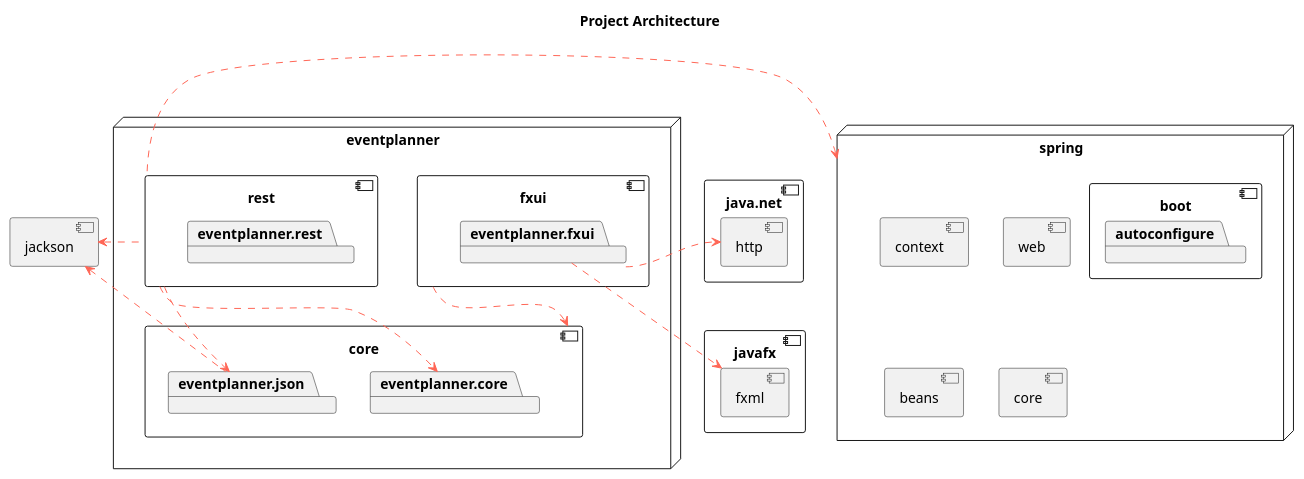
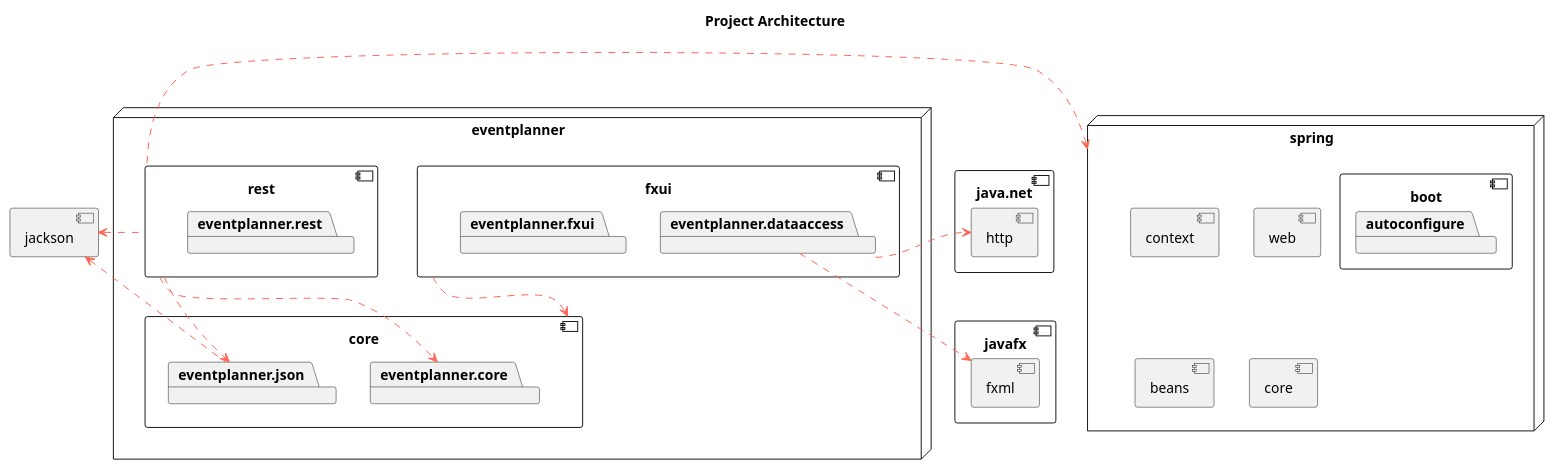
Before and after one commit to thorsjur/event-planner-itp: the diagram in docs/diagrams/architecture.puml, drawn with PlantUML. The commit also changed 3 other files, not shown here.

First line of the commit message:
Architecture diagrams updated (#130)

```diff
--- a/docs/diagrams/architecture.puml
+++ b/docs/diagrams/architecture.puml
@@ -2,63 +2,63 @@
 @startuml architecture
 title Project Architecture
 skinparam useBetaStyle true
 
 <style>
     .package {
         BackgroundColor Khaki
     }
 </style>
 
 skinparam component {
   ArrowColor #FF6655
 }
 
 node spring {
     component [boot] as boot {
         package autoconfigure
     }
     component [context] as ctx
     component [web] as web
     component [beans] as beans
     component [core] as c2
 
 }
 
 component [javafx] {
     component [fxml] as fx
 }
 
 node "eventplanner" as ep {
     component [core] {
         package eventplanner.core
         package eventplanner.json
     }
 
     component [fxui] {
+        package eventplanner.dataaccess
         package eventplanner.fxui
-
     }
 
     component [rest] {
         package eventplanner.rest
 
     }
 }
 
 
 component [java.net] {
     component [http] as net
 }
 
 component [jackson] as jack
 
-eventplanner.fxui ..> fx
+eventplanner.dataaccess ..> fx
 fxui ..> core
-eventplanner.fxui .right.> net
+eventplanner.dataaccess .right.> net
 eventplanner.json .left.> jack
 rest .left.> jack
 rest .left.> spring
 rest ..> eventplanner.core
 rest ..> eventplanner.json
 
 @enduml
```
